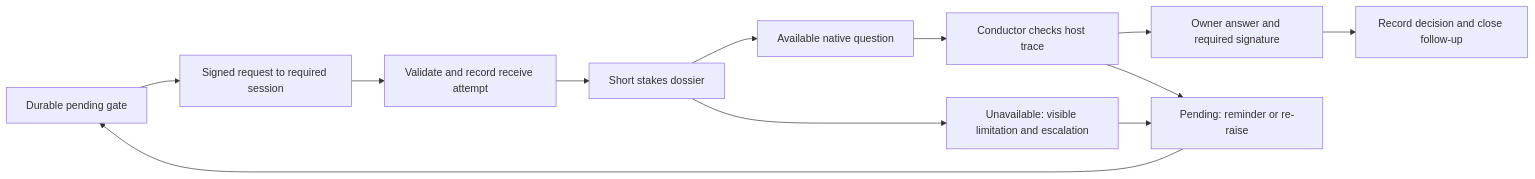
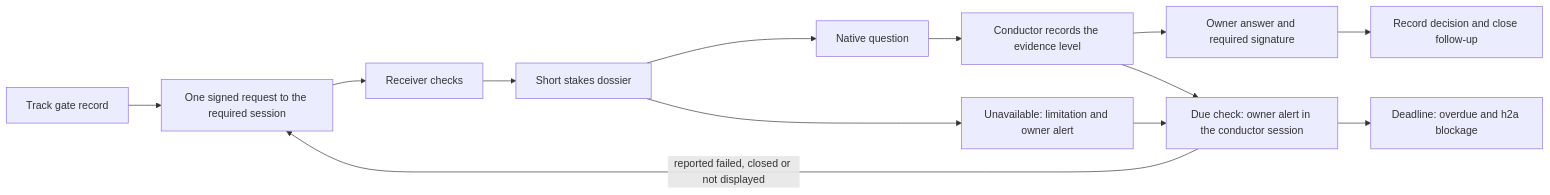
The diagram in docs/specs/2026-11-07-SPEC_EVOL_owner-gate-native-question.md (rhanka/h2a), drawn with Mermaid before and after one commit. The commit also changed other lines of this file and 10 other files, not shown here.

````diff
--- a/docs/specs/2026-11-07-SPEC_EVOL_owner-gate-native-question.md
+++ b/docs/specs/2026-11-07-SPEC_EVOL_owner-gate-native-question.md
@@ -91,14 +114,15 @@
 ```mermaid
 flowchart LR
-  P[Durable pending gate] --> M[Signed request to required session]
-  M --> V[Validate and record receive attempt]
+  P[Track gate record] --> M[One signed request to the required session]
+  M --> V[Receiver checks]
   V --> D[Short stakes dossier]
-  D --> Q[Available native question]
-  D --> U[Unavailable: visible limitation and escalation]
-  Q --> E[Conductor checks host trace]
+  D --> Q[Native question]
+  D --> U[Unavailable: limitation and owner alert]
+  Q --> E[Conductor records the evidence level]
   E --> R[Owner answer and required signature]
-  E --> F[Pending: reminder or re-raise]
+  E --> F[Due check: owner alert in the conductor session]
   U --> F
-  F --> P
+  F -->|reported failed, closed or not displayed| M
+  F --> X[Deadline: overdue and h2a blockage]
   R --> C[Record decision and close follow-up]
 ```
````
